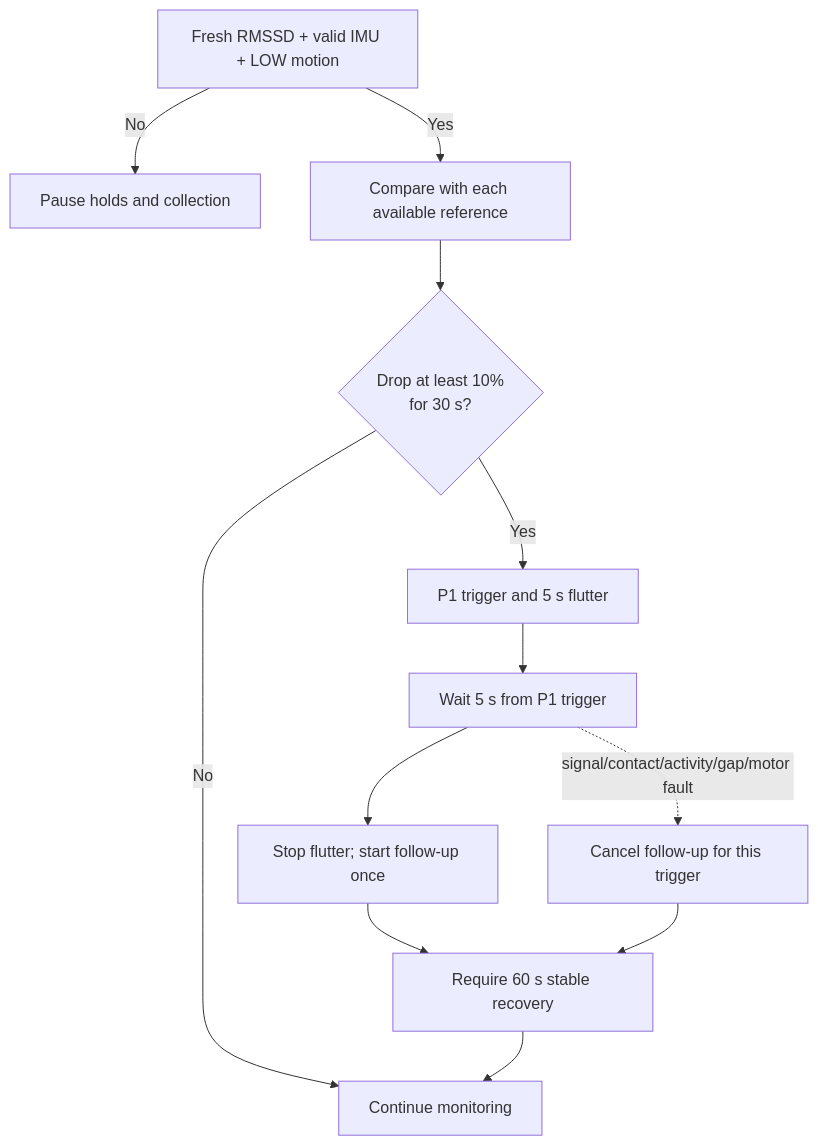
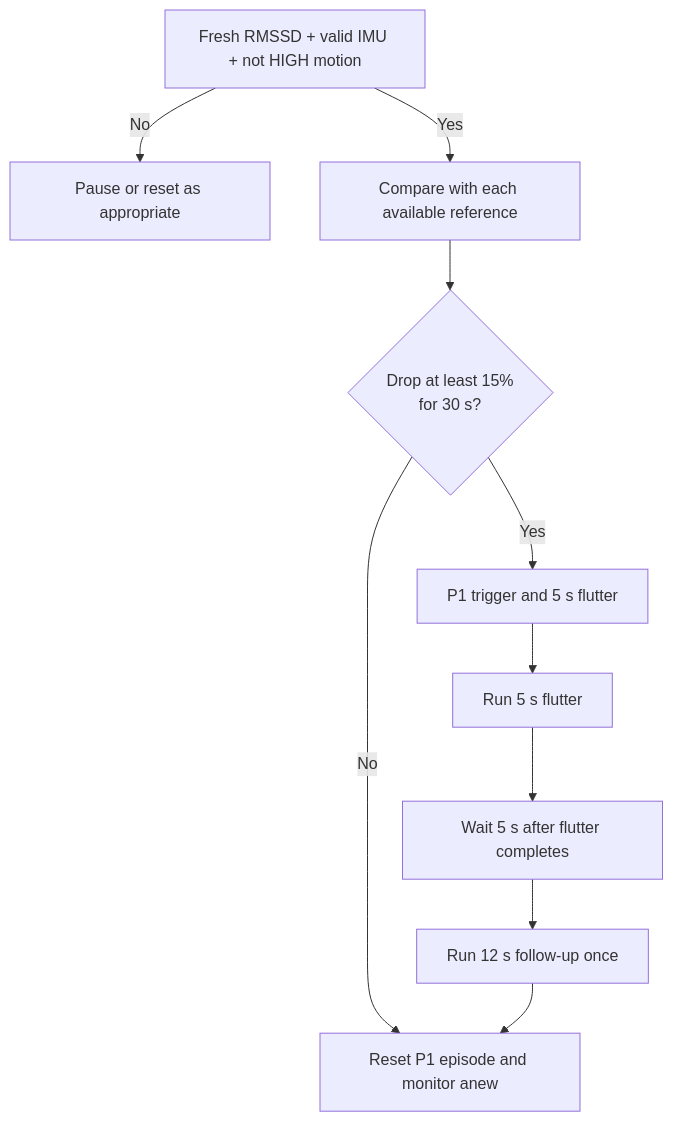
Before and after one commit to rohanbaichwal1-rgb/Sutra: the second of 3 diagrams in docs/README.md, drawn with Mermaid. The commit also changed other lines of this file and 5 other files, not shown here.

````diff
--- a/docs/README.md
+++ b/docs/README.md
@@ -43,14 +42,12 @@
 ```mermaid
 flowchart TD
-    A[Fresh RMSSD + valid IMU + LOW motion] -->|No| Stop[Pause holds and collection]
+    A[Fresh RMSSD + valid IMU + not HIGH motion] -->|No| Stop[Pause or reset as appropriate]
     A -->|Yes| B[Compare with each available reference]
-    B --> D{Drop at least 10%<br/>for 30 s?}
+    B --> D{Drop at least 15%<br/>for 30 s?}
     D -->|Yes| P1[P1 trigger and 5 s flutter]
     D -->|No| Watch[Continue monitoring]
-    P1 --> Delay[Wait 5 s from P1 trigger]
-    Delay --> Follow[Stop flutter; start follow-up once]
-    Delay -. signal/contact/activity/gap/motor fault .-> Cancel[Cancel follow-up for this trigger]
-    Follow --> Recover[Require 60 s stable recovery]
-    Cancel --> Recover
-    Recover --> Watch
+    P1 --> Flutter[Run 5 s flutter]
+    Flutter --> Delay[Wait 5 s after flutter completes]
+    Delay --> Follow[Run 12 s follow-up once]
+    Follow --> Watch[Reset P1 episode and monitor anew]
 ```
````
